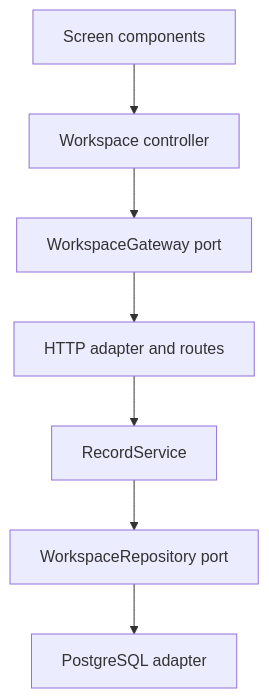
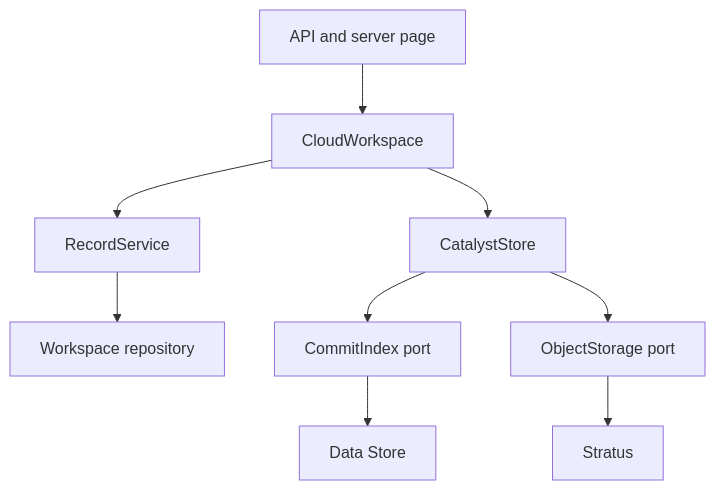
One commit to ganesh12456/Clausewise changed the diagram in docs/ARCHITECTURE.md. Above: the diagram before and after it, drawn with Mermaid. The commit also changed other lines of this file and 40 other files, not shown here.

Commit message:
Migrate Clausewise backend to Catalyst Data Store and Stratus

````diff
--- a/docs/ARCHITECTURE.md
+++ b/docs/ARCHITECTURE.md
@@ -11,9 +9,11 @@
 ```mermaid
 flowchart TD
-  A[Screen components] --> B[Workspace controller]
-  B --> C[WorkspaceGateway port]
-  C --> D[HTTP adapter and routes]
-  D --> E[RecordService]
-  E --> F[WorkspaceRepository port]
-  F --> G[PostgreSQL adapter]
+  A[API and server page] --> B[CloudWorkspace]
+  B --> C[RecordService]
+  C --> D[Workspace repository]
+  B --> E[CatalystStore]
+  E --> F[CommitIndex port]
+  E --> G[ObjectStorage port]
+  F --> H[Data Store]
+  G --> I[Stratus]
 ```
````
